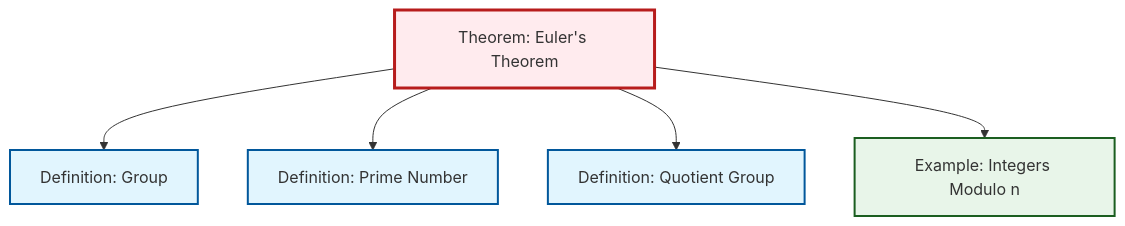
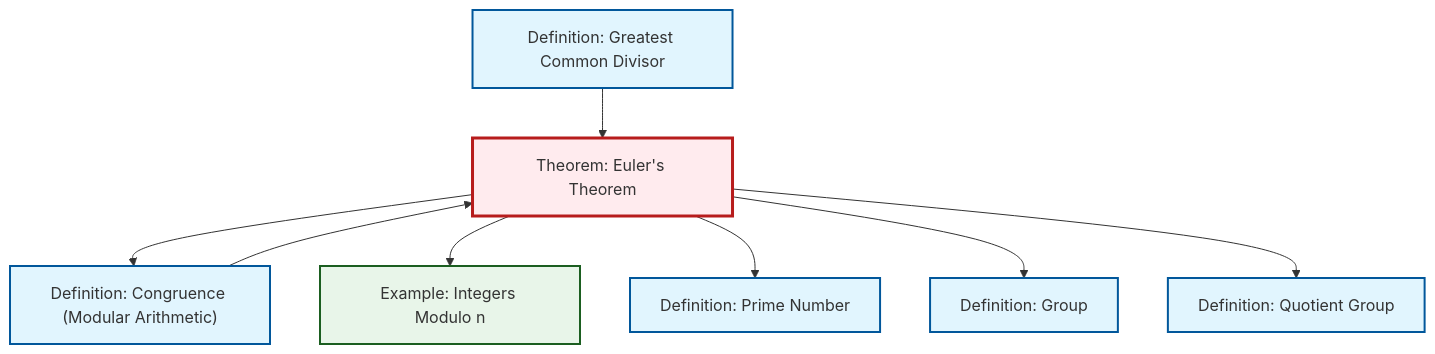
The diagram in content/ja/number-theory/thm-euler.qmd (RK0429/ModernMath), drawn with Mermaid before and after one commit. The commit also changed 417 other files, not shown here.

````diff
--- a/content/ja/number-theory/thm-euler.qmd
+++ b/content/ja/number-theory/thm-euler.qmd
@@ -52,23 +52,30 @@
 ```{mermaid}
 %%| fig-cap: "Local dependency graph"
 graph TD
     classDef definition fill:#e1f5fe,stroke:#01579b,stroke-width:2px
     classDef theorem fill:#f3e5f5,stroke:#4a148c,stroke-width:2px
     classDef axiom fill:#fff3e0,stroke:#e65100,stroke-width:2px
     classDef example fill:#e8f5e9,stroke:#1b5e20,stroke-width:2px
     classDef current fill:#ffebee,stroke:#b71c1c,stroke-width:3px
+    def-gcd["Definition: Greatest Common Divisor"]:::definition
     thm-euler["Theorem: Euler's Theorem"]:::theorem
+    ex-quotient-integers-mod-n["Example: Integers Modulo n"]:::example
+    def-quotient-group["Definition: Quotient Group"]:::definition
     def-group["Definition: Group"]:::definition
-    def-quotient-group["Definition: Quotient Group"]:::definition
+    def-congruence["Definition: Congruence (Modular Arithmetic)"]:::definition
     def-prime["Definition: Prime Number"]:::definition
-    ex-quotient-integers-mod-n["Example: Integers Modulo n"]:::example
+    def-gcd --> thm-euler
+    thm-euler --> def-congruence
+    thm-euler --> ex-quotient-integers-mod-n
+    thm-euler --> def-prime
+    def-congruence --> thm-euler
     thm-euler --> def-group
-    thm-euler --> def-prime
     thm-euler --> def-quotient-group
-    thm-euler --> ex-quotient-integers-mod-n
     class thm-euler current
+    click def-gcd "def-gcd.html" "Definition: Greatest Common Divisorへ"
+    click ex-quotient-integers-mod-n "ex-quotient-integers-mod-n.html" "Example: Integers Modulo nへ"
+    click def-quotient-group "def-quotient-group.html" "Definition: Quotient Groupへ"
     click def-group "def-group.html" "Definition: Groupへ"
-    click def-quotient-group "def-quotient-group.html" "Definition: Quotient Groupへ"
+    click def-congruence "def-congruence.html" "Definition: Congruence (Modular Arithmetic)へ"
     click def-prime "def-prime.html" "Definition: Prime Numberへ"
-    click ex-quotient-integers-mod-n "ex-quotient-integers-mod-n.html" "Example: Integers Modulo nへ"
 ```
````
